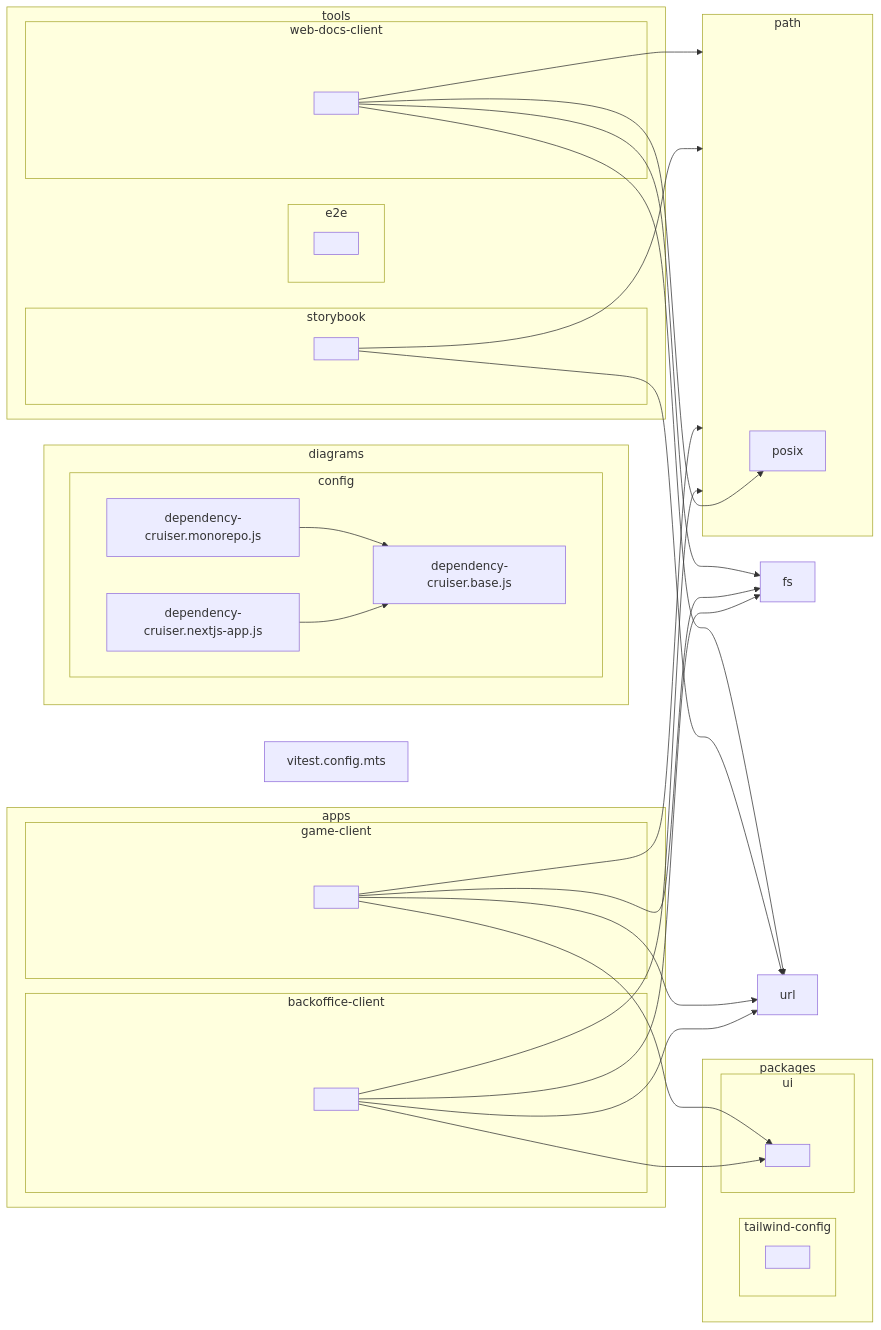
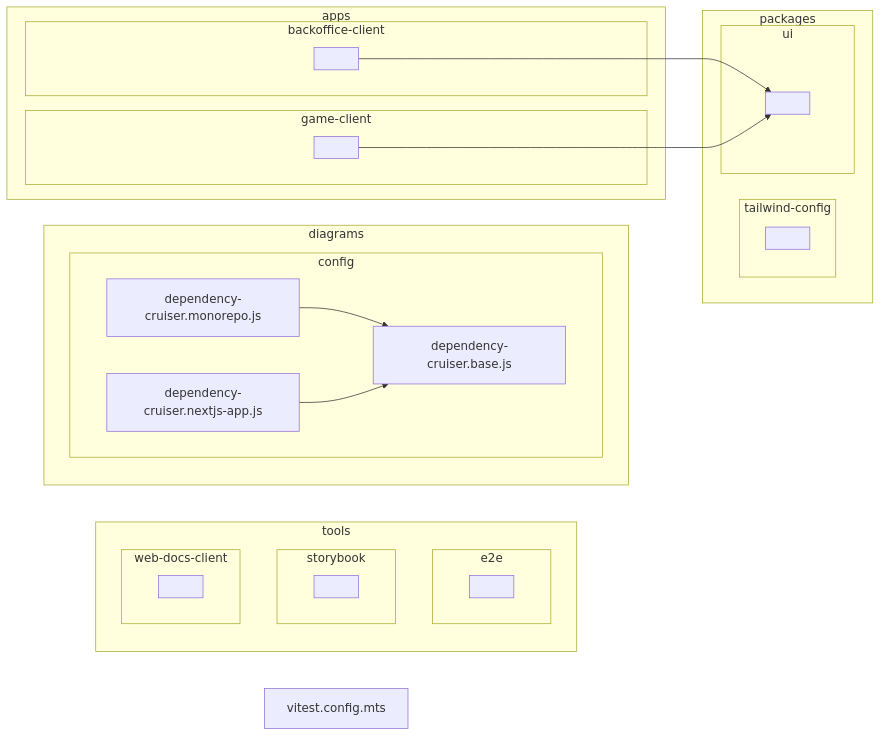
Before and after one commit to kartuli-app/kartuli: the diagram in diagrams/output/diagram-monorepo.mmd, drawn with Mermaid. The commit also changed 8 other files, not shown here.

Commit message:
chore(diagrams): update dependency-cruiser configuration and regenerate diagrams with improved output formats

```diff
--- a/diagrams/output/diagram-monorepo.mmd
+++ b/diagrams/output/diagram-monorepo.mmd
@@ -1,58 +1,41 @@
 flowchart LR
 
 subgraph 0["apps"]
 subgraph 1["backoffice-client"]
 2[" "]
 end
 subgraph 3["game-client"]
 4[" "]
 end
 end
 subgraph 5["diagrams"]
 subgraph 6["config"]
 7["dependency-cruiser.base.js"]
 8["dependency-cruiser.monorepo.js"]
 9["dependency-cruiser.nextjs-app.js"]
 end
 end
-A["fs"]
-subgraph B["packages"]
-subgraph C["tailwind-config"]
-D[" "]
+subgraph A["packages"]
+subgraph B["tailwind-config"]
+C[" "]
 end
-subgraph E["ui"]
-F[" "]
+subgraph D["ui"]
+E[" "]
 end
 end
-subgraph G["path"]
-H["posix"]
+subgraph F["tools"]
+subgraph G["e2e"]
+H[" "]
 end
-subgraph I["tools"]
-subgraph J["e2e"]
-K[" "]
+subgraph I["storybook"]
+J[" "]
 end
-subgraph L["storybook"]
-M[" "]
-end
-subgraph N["web-docs-client"]
-O[" "]
+subgraph K["web-docs-client"]
+L[" "]
 end
 end
-P["url"]
-Q["vitest.config.mts"]
-2-->A
-2-->G
-2-->P
-2-->F
-4-->A
-4-->G
-4-->P
-4-->F
+M["vitest.config.mts"]
+2-->E
+4-->E
 8-->7
 9-->7
-M-->G
-M-->P
-O-->A
-O-->G
-O-->H
-O-->P
```
